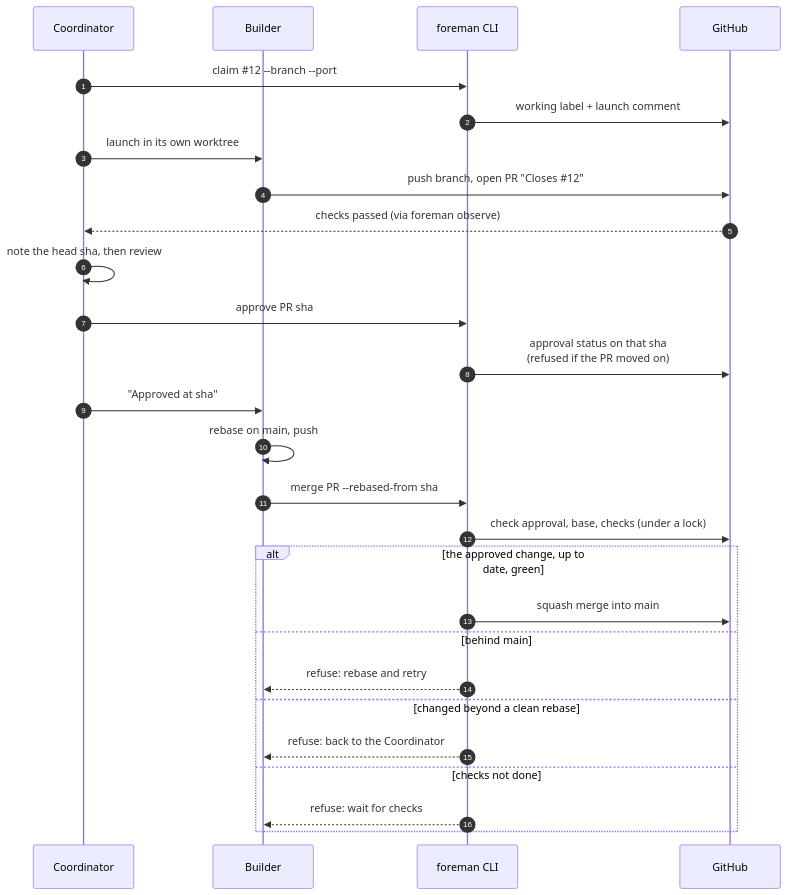
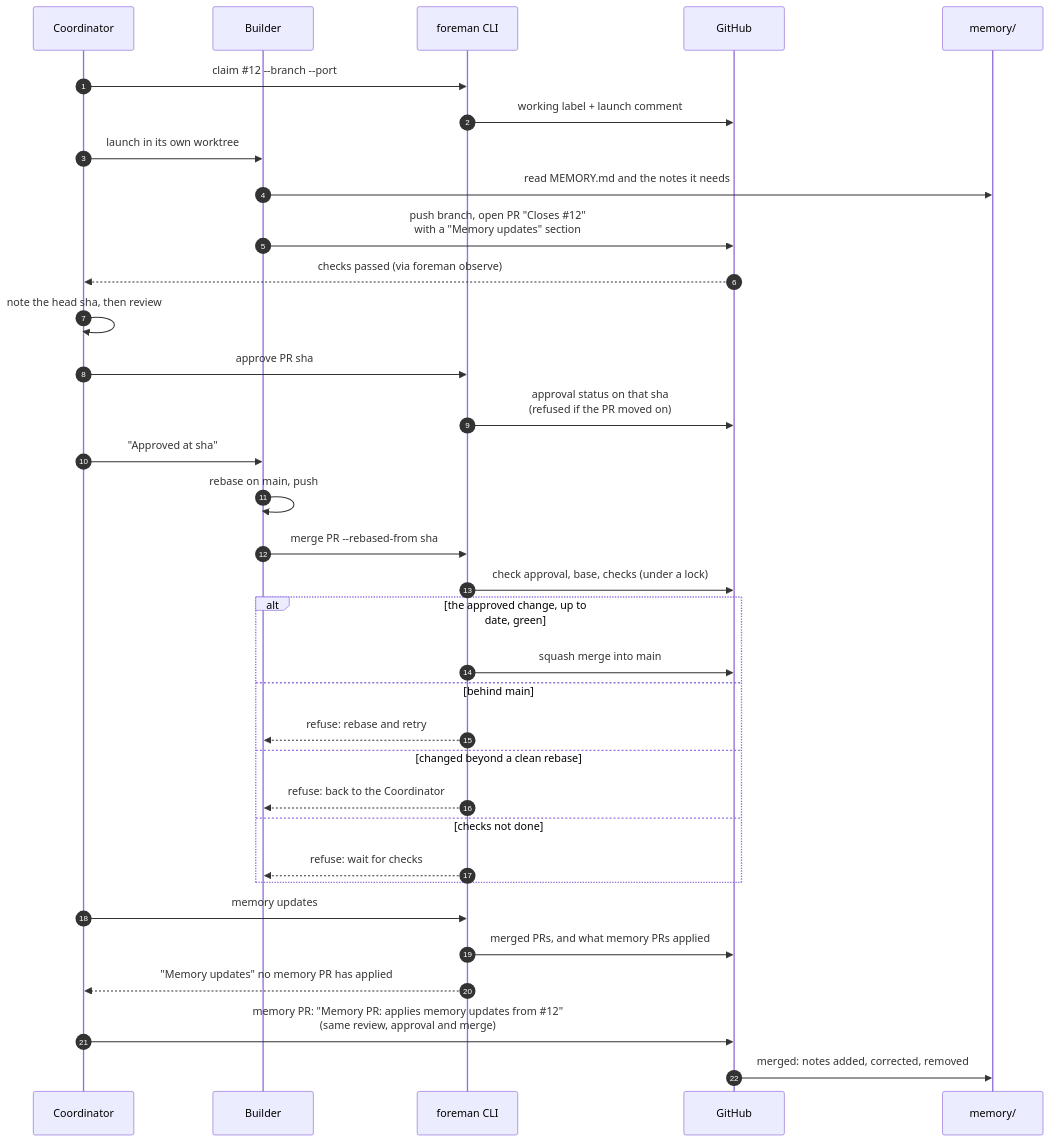
Before and after one commit to smknaqvi/foreman: the second of 3 diagrams in README.md, drawn with Mermaid. The commit also changed other lines of this file and 17 other files, not shown here.

````diff
--- a/README.md
+++ b/README.md
@@ -47,30 +53,37 @@
 ```mermaid
 sequenceDiagram
     autonumber
     participant C as Coordinator
     participant B as Builder
     participant F as foreman CLI
     participant G as GitHub
+    participant M as memory/
 
     C->>F: claim #35;12 --branch --port
     F->>G: working label + launch comment
     C->>B: launch in its own worktree
-    B->>G: push branch, open PR "Closes #35;12"
+    B->>M: read MEMORY.md and the notes it needs
+    B->>G: push branch, open PR "Closes #35;12"<br/>with a "Memory updates" section
     G-->>C: checks passed (via foreman observe)
     C->>C: note the head sha, then review
     C->>F: approve PR sha
     F->>G: approval status on that sha<br/>(refused if the PR moved on)
     C->>B: "Approved at sha"
     B->>B: rebase on main, push
     B->>F: merge PR --rebased-from sha
     F->>G: check approval, base, checks (under a lock)
     alt the approved change, up to date, green
         F->>G: squash merge into main
     else behind main
         F-->>B: refuse: rebase and retry
     else changed beyond a clean rebase
         F-->>B: refuse: back to the Coordinator
     else checks not done
         F-->>B: refuse: wait for checks
     end
+    C->>F: memory updates
+    F->>G: merged PRs, and what memory PRs applied
+    F-->>C: "Memory updates" no memory PR has applied
+    C->>G: memory PR: "Memory PR: applies memory updates from #35;12"<br/>(same review, approval and merge)
+    G->>M: merged: notes added, corrected, removed
 ```
````
